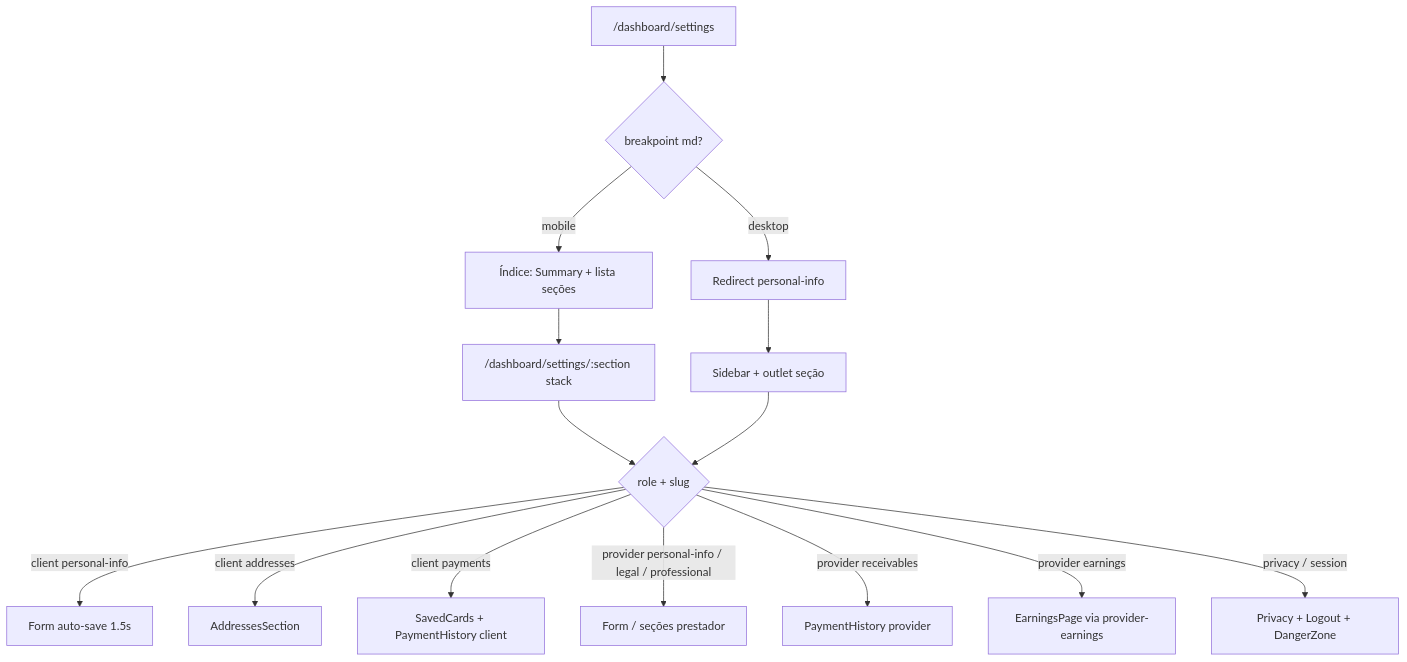
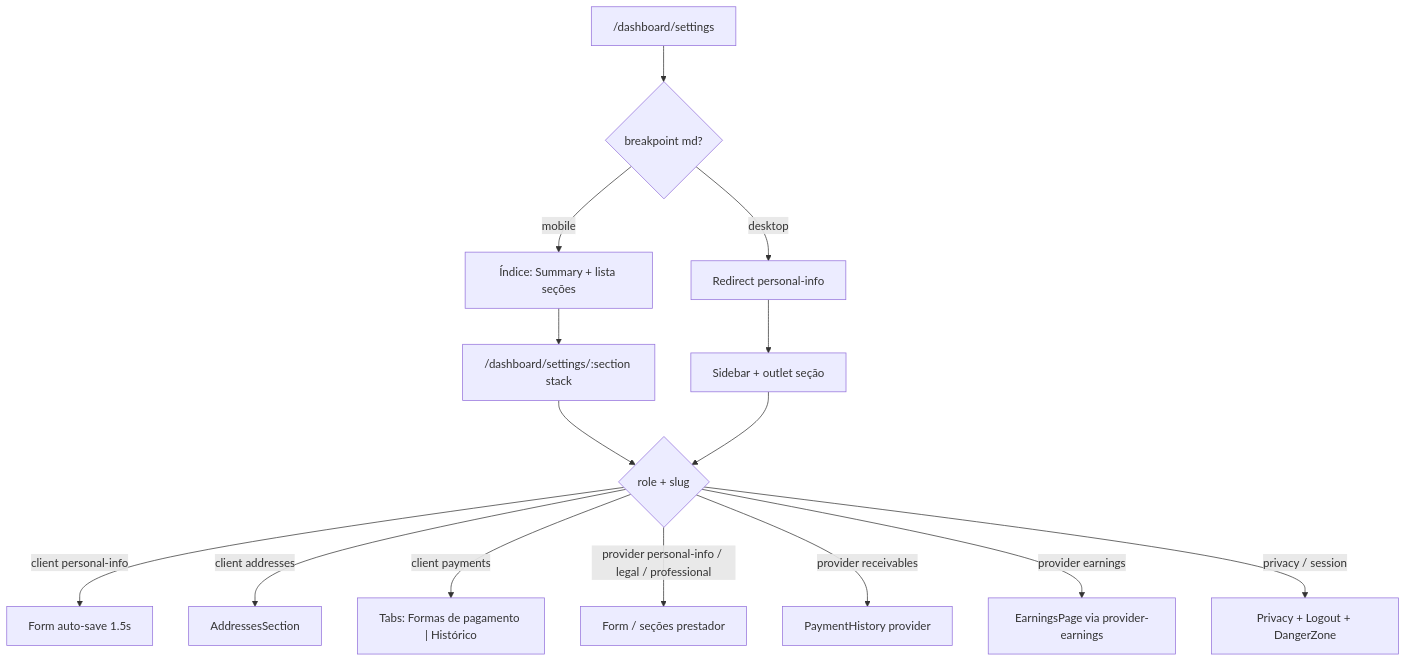
The diagram in docs/business/modulos/settings/features/configuracoes.md (higorpo/renovi-orbit-test), drawn with Mermaid before and after one commit. The commit also changed other lines of this file and 11 other files, not shown here.

````diff
--- a/docs/business/modulos/settings/features/configuracoes.md
+++ b/docs/business/modulos/settings/features/configuracoes.md
@@ -53,17 +53,17 @@
 ```mermaid
 flowchart TD
   A["/dashboard/settings"] --> B{breakpoint md?}
   B -->|desktop| C["Redirect personal-info"]
   B -->|mobile| D["Índice: Summary + lista seções"]
   D --> E["/dashboard/settings/:section stack"]
   C --> F["Sidebar + outlet seção"]
   E --> G{role + slug}
   F --> G
   G -->|client personal-info| H[Form auto-save 1.5s]
   G -->|client addresses| I[AddressesSection]
-  G -->|client payments| J[SavedCards + PaymentHistory client]
+  G -->|client payments| J["Tabs: Formas de pagamento | Histórico"]
   G -->|provider personal-info / legal / professional| K[Form / seções prestador]
   G -->|provider receivables| L[PaymentHistory provider]
   G -->|provider earnings| M[EarningsPage via provider-earnings]
   G -->|privacy / session| N[Privacy + Logout + DangerZone]
 ```
````
